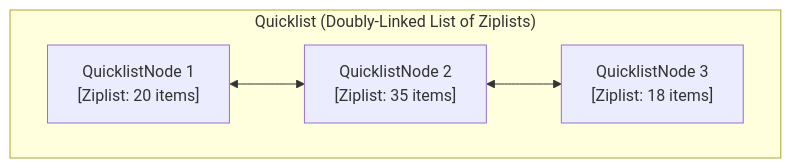
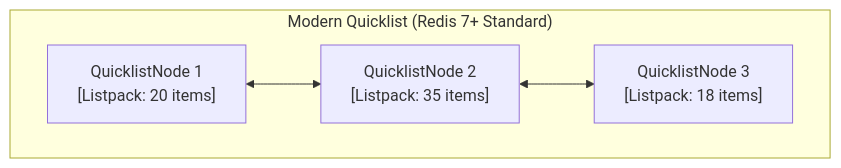
The seventh of 12 diagrams in Core Concepts/Redis/README.md (abhinnaagrawal/system-design-notes), drawn with Mermaid before and after one commit. The commit also changed other lines of this file and 1 other file, not shown here.

Commit message:
docs(redis): add deep dive on Listpack vs Ziplist and cascading update mechanics

````diff
--- a/Core Concepts/Redis/README.md
+++ b/Core Concepts/Redis/README.md
@@ -189,7 +287,7 @@
 ```mermaid
 flowchart LR
-    subgraph Quicklist["Quicklist (Doubly-Linked List of Ziplists)"]
+    subgraph ModernQuicklist["Modern Quicklist (Redis 7+ Standard)"]
         direction LR
-        Node1["QuicklistNode 1<br/>[Ziplist: 20 items]"] <--> Node2["QuicklistNode 2<br/>[Ziplist: 35 items]"] <--> Node3["QuicklistNode 3<br/>[Ziplist: 18 items]"]
+        Node1["QuicklistNode 1<br/>[Listpack: 20 items]"] <--> Node2["QuicklistNode 2<br/>[Listpack: 35 items]"] <--> Node3["QuicklistNode 3<br/>[Listpack: 18 items]"]
     end
 ```
````
